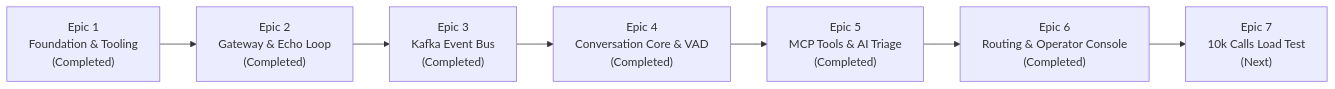
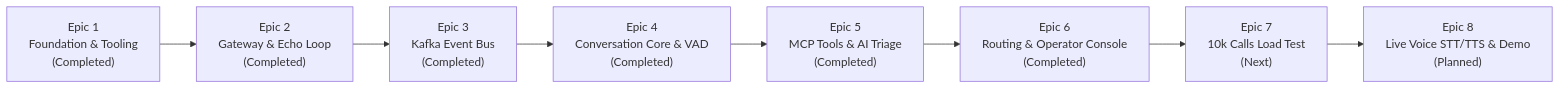
Before and after one commit to pedrazamiguez/voice-pulse: the diagram in ROADMAP.md, drawn with Mermaid. The commit also changed other lines of this file and 3 other files, not shown here.

First line of the commit message:
Merge pull request #177 from pedrazamiguez/docs/roadmap-epic-8-live-voice-plan

````diff
--- a/ROADMAP.md
+++ b/ROADMAP.md
@@ -26,9 +27,10 @@
 ```mermaid
 flowchart LR
     E1["Epic 1<br/>Foundation & Tooling<br/>(Completed)"] --> E2["Epic 2<br/>Gateway & Echo Loop<br/>(Completed)"]
     E2 --> E3["Epic 3<br/>Kafka Event Bus<br/>(Completed)"]
     E3 --> E4["Epic 4<br/>Conversation Core & VAD<br/>(Completed)"]
     E4 --> E5["Epic 5<br/>MCP Tools & AI Triage<br/>(Completed)"]
     E5 --> E6["Epic 6<br/>Routing & Operator Console<br/>(Completed)"]
     E6 --> E7["Epic 7<br/>10k Calls Load Test<br/>(Next)"]
+    E7 --> E8["Epic 8<br/>Live Voice STT/TTS & Demo<br/>(Planned)"]
 ```
````
